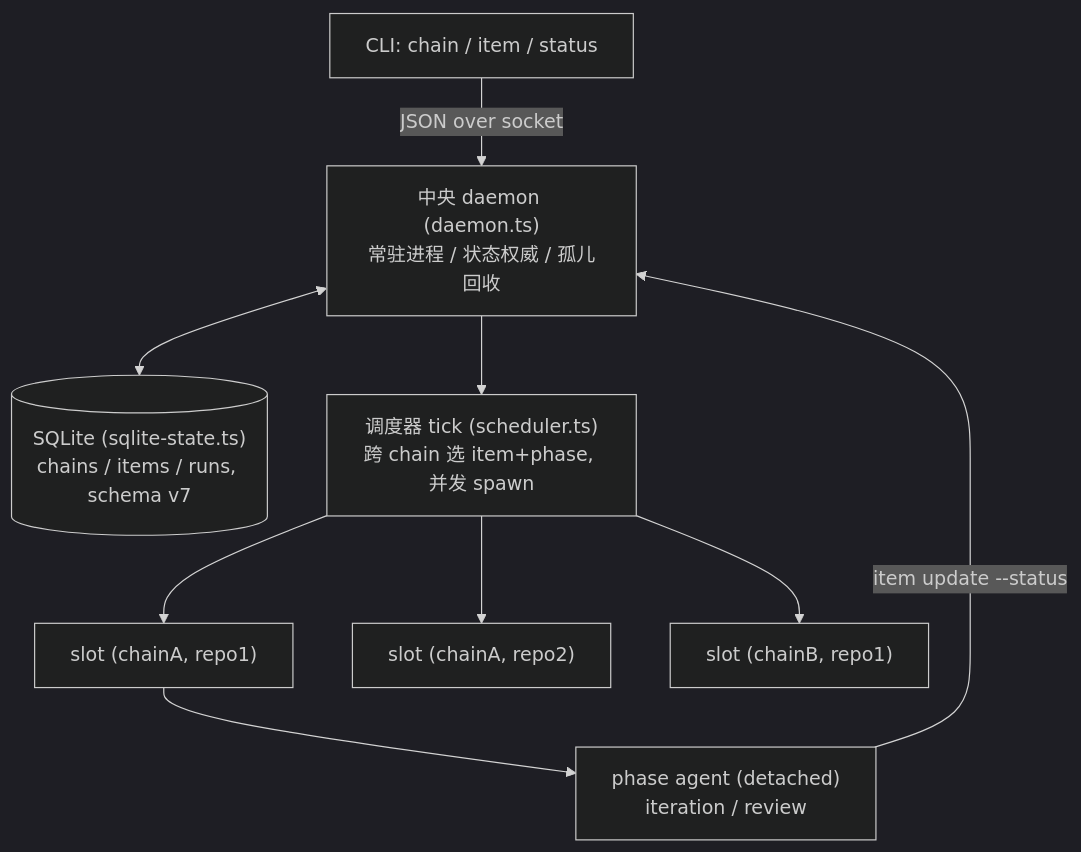
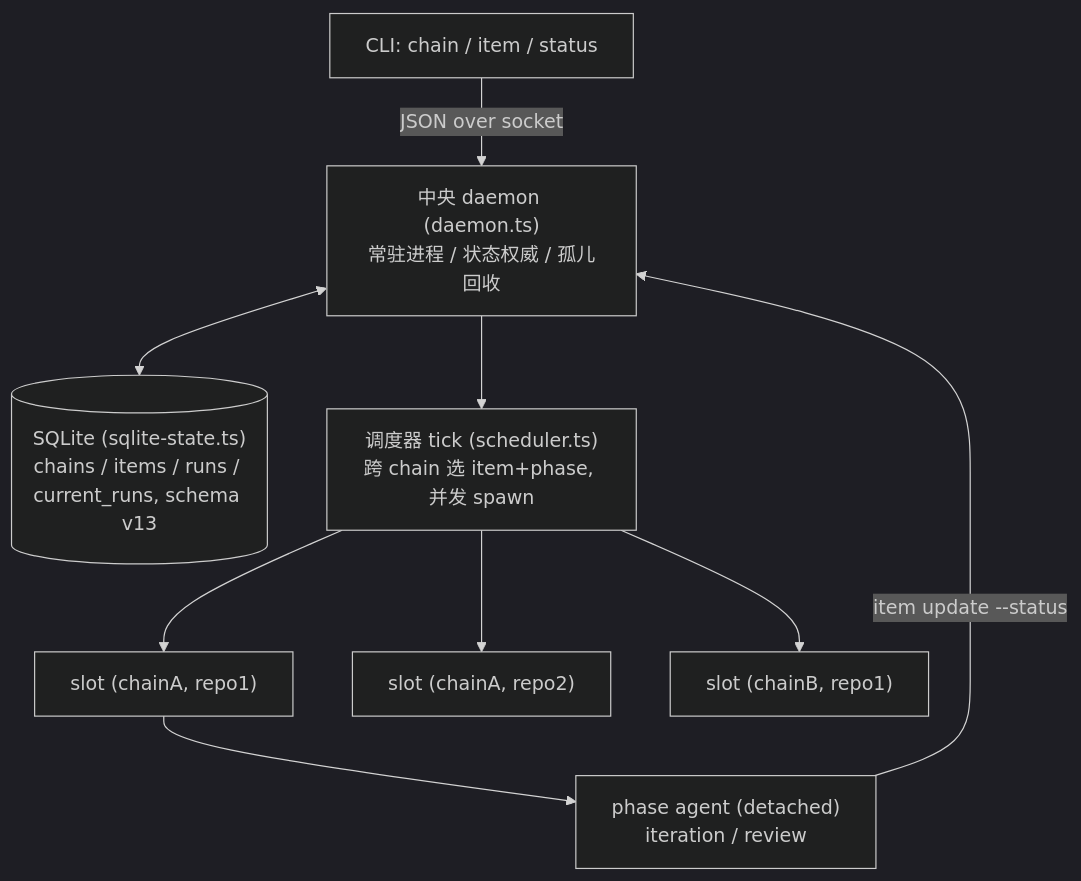
One commit to mouriya-s-lab/coder-loop changed the diagram in docs/architecture-v2.md. Above: the diagram before and after it, drawn with Mermaid (dark theme). The commit also changed other lines of this file and 102 other files, not shown here.

````diff
--- a/docs/architecture-v2.md
+++ b/docs/architecture-v2.md
@@ -13,11 +13,11 @@
 ```mermaid
 flowchart TD
   cli["CLI: chain / item / status"] -- "JSON over socket" --> daemon["中央 daemon (daemon.ts)<br/>常驻进程 / 状态权威 / 孤儿回收"]
-  daemon <--> db[("SQLite (sqlite-state.ts)<br/>chains / items / runs, schema v7")]
+  daemon <--> db[("SQLite (sqlite-state.ts)<br/>chains / items / runs / current_runs, schema v13")]
   daemon --> sched["调度器 tick (scheduler.ts)<br/>跨 chain 选 item+phase, 并发 spawn"]
   sched --> sA["slot (chainA, repo1)"]
   sched --> sB["slot (chainA, repo2)"]
   sched --> sC["slot (chainB, repo1)"]
   sA --> agent["phase agent (detached)<br/>iteration / review"]
   agent -- "item update --status" --> daemon
 ```
````
